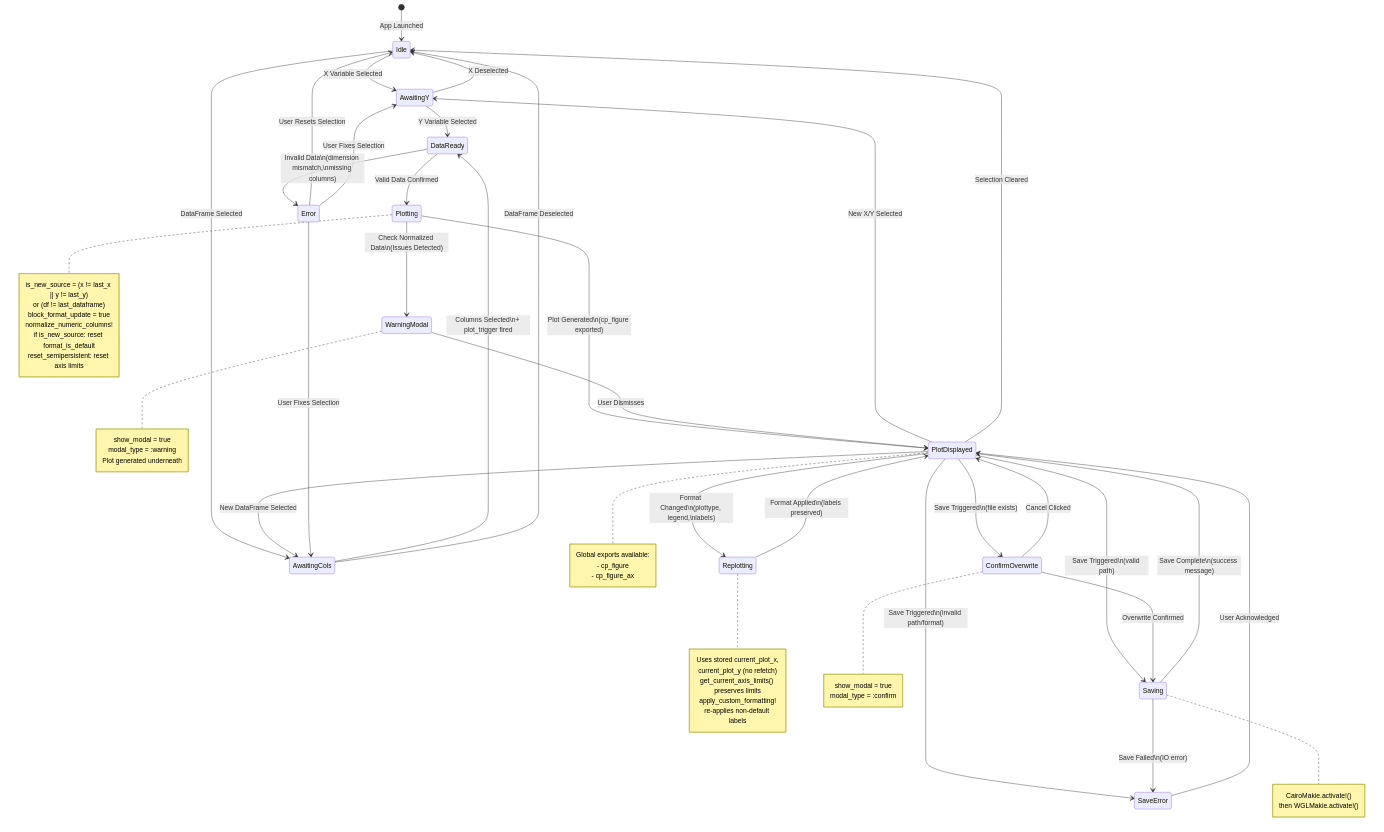
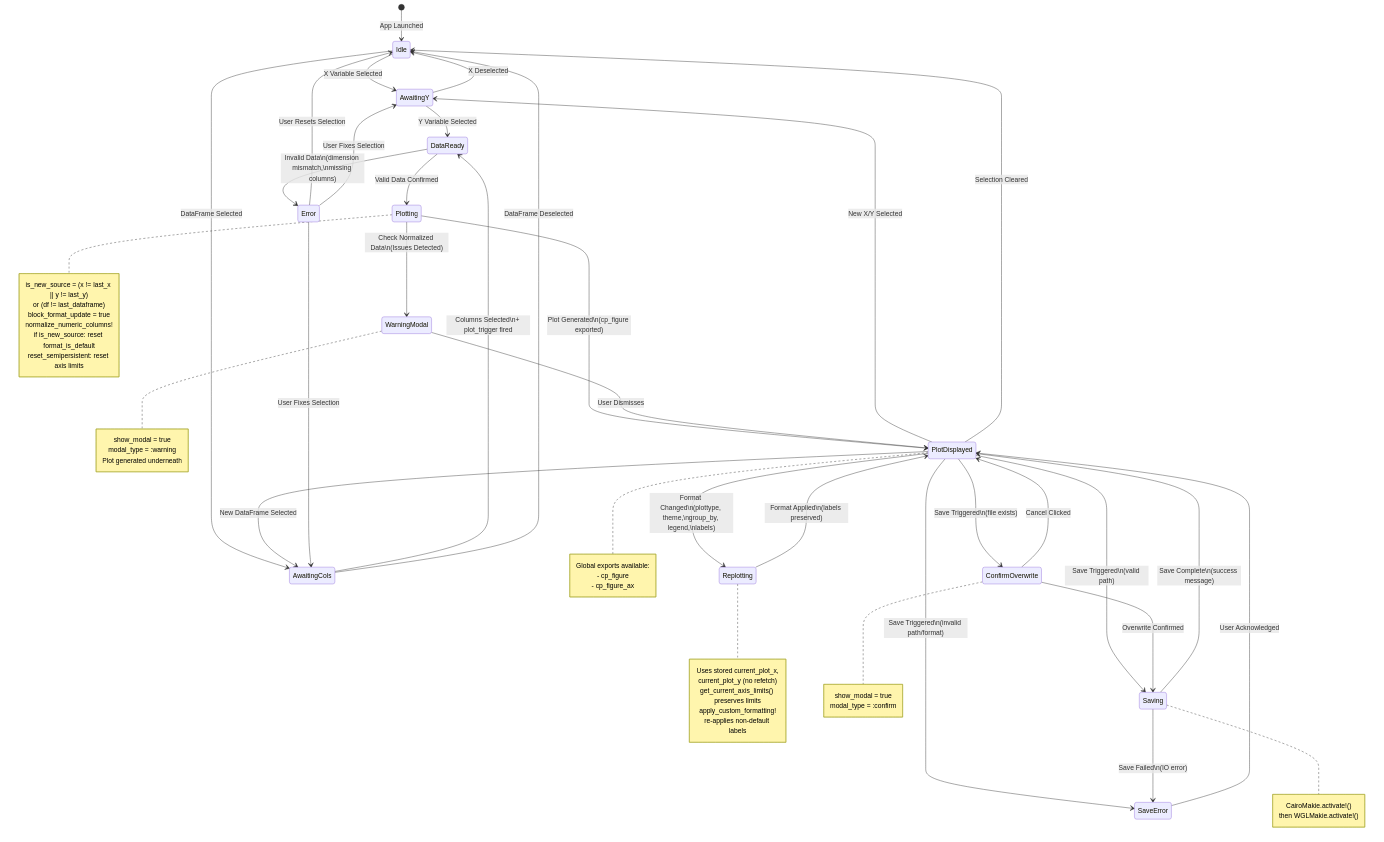
Before and after one commit to Eben60/CasualPlots.jl: the diagram in AGENTS_more_info/Mermaid/state_transition_map.md, drawn with Mermaid. The commit also changed 18 other files, not shown here.

```diff
--- a/AGENTS_more_info/Mermaid/state_transition_map.md
+++ b/AGENTS_more_info/Mermaid/state_transition_map.md
@@ -23,7 +23,7 @@
     
     WarningModal --> PlotDisplayed: User Dismisses
     
-    PlotDisplayed --> Replotting: Format Changed\n(plottype, legend,\nlabels)
+    PlotDisplayed --> Replotting: Format Changed\n(plottype, theme,\ngroup_by, legend,\nlabels)
     
     Replotting --> PlotDisplayed: Format Applied\n(labels preserved)
     
```
